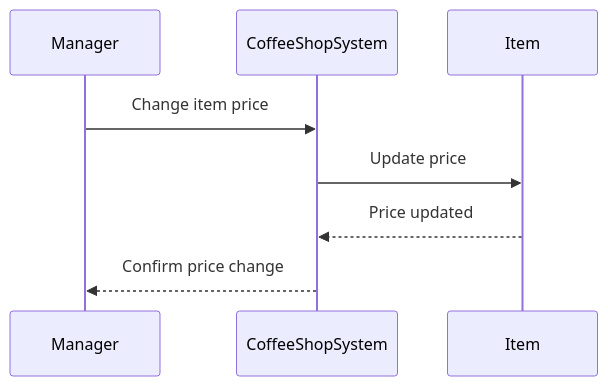
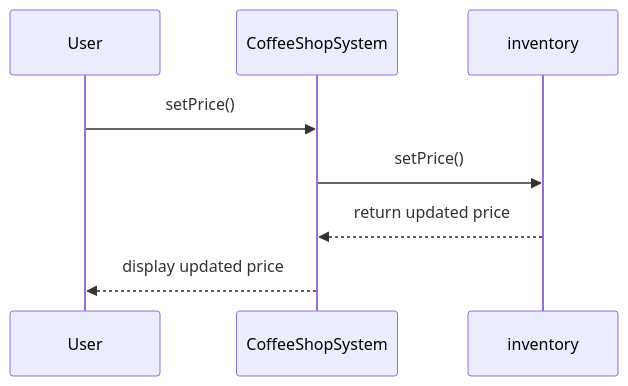
Before and after one commit to Anthony-Vang11/ICS372-AnthonyVang: the second of 3 diagrams in week-04/Individual_sketch2.md, drawn with Mermaid. The commit also changed other lines of this file, not shown here.

Commit message:
Update sequence diagrams for order process

````diff
--- a/week-04/Individual_sketch2.md
+++ b/week-04/Individual_sketch2.md
@@ -37,11 +41,11 @@
 ```mermaid
 sequenceDiagram
-    participant Manager
+    participant User
     participant CoffeeShopSystem
-    participant Item
+    participant inventory
 
-    Manager->>CoffeeShopSystem: Change item price
-    CoffeeShopSystem->>Item: Update price
-    Item-->>CoffeeShopSystem: Price updated
-    CoffeeShopSystem-->>Manager: Confirm price change
+    User->>CoffeeShopSystem: setPrice()
+    CoffeeShopSystem->>inventory: setPrice()
+    inventory-->>CoffeeShopSystem: return updated price
+    CoffeeShopSystem-->>User: display updated price
 ```
````
